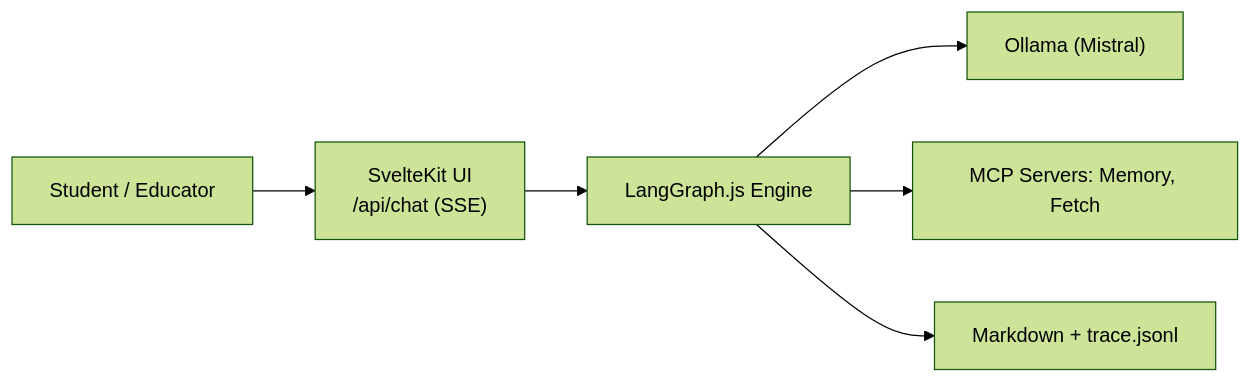
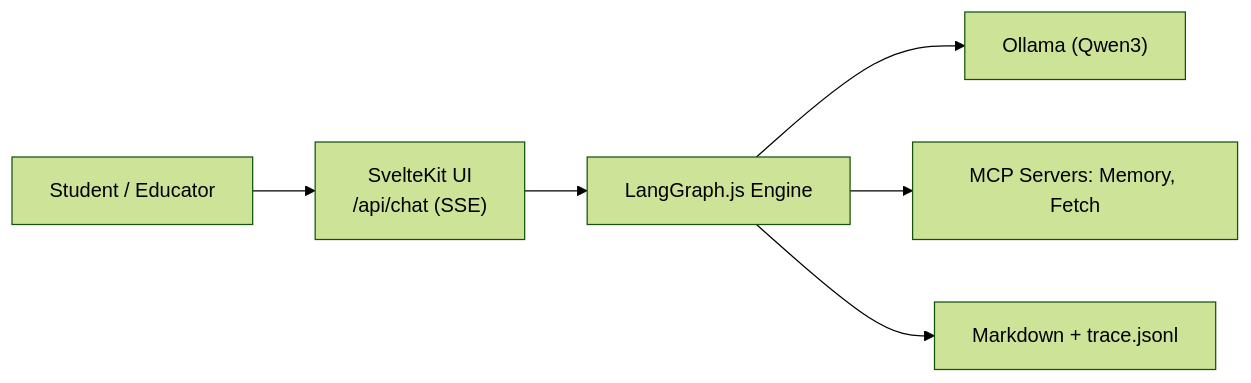
One commit to cognokratos/sophos-agent changed the diagram in docs/architecture/2-high-level-architecture.md. Above: the diagram before and after it, drawn with Mermaid (forest theme). The commit also changed other lines of this file and 233 other files, not shown here.

````diff
--- a/docs/architecture/2-high-level-architecture.md
+++ b/docs/architecture/2-high-level-architecture.md
@@ -10,8 +10,8 @@
 ```mermaid
 flowchart LR
   U[Student / Educator] --> FE["SvelteKit UI<br/>/api/chat (SSE)"]
   FE --> LG[LangGraph.js Engine]
-  LG --> OL["Ollama (Mistral)"]
+  LG --> OL["Ollama (Qwen3)"]
   LG --> MCP[MCP Servers: Memory, Fetch]
   LG --> LOG[Markdown + trace.jsonl]
 ```
````
